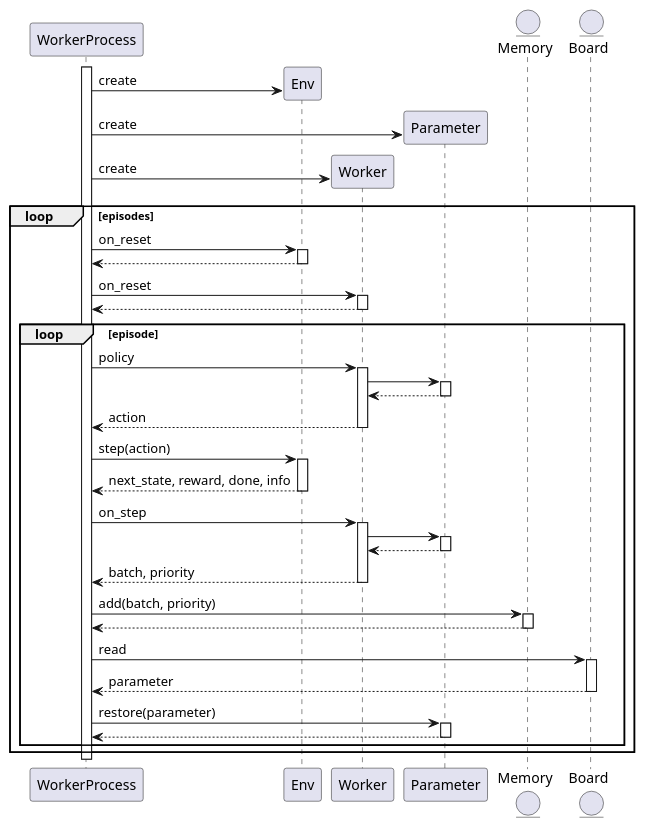
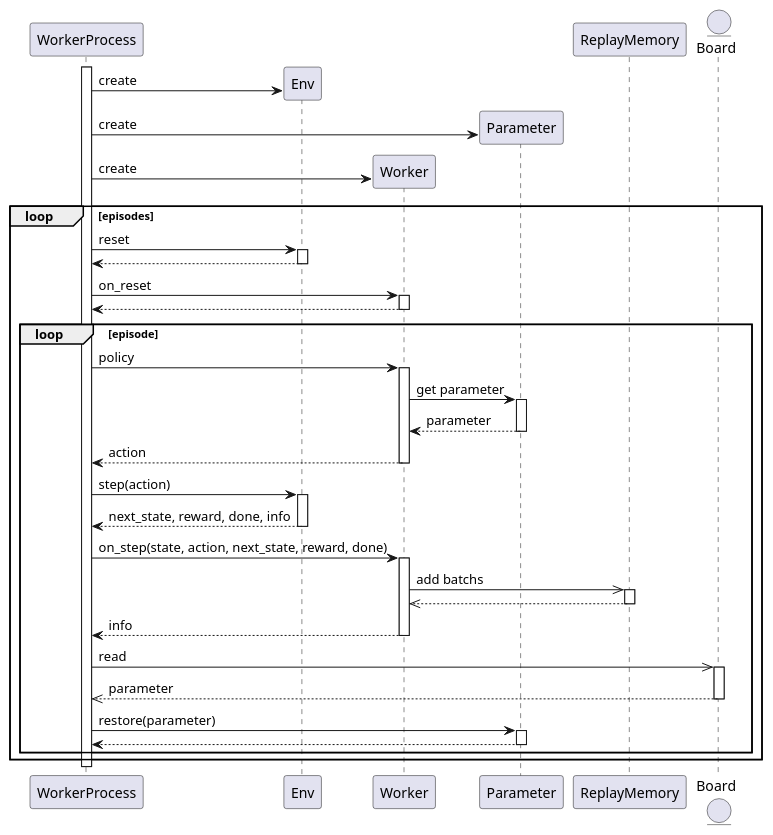
One commit to pocokhc/simple_distributed_rl changed the diagram in diagrams/runner_mp_flow_worker.pu. Above: the diagram before and after it, drawn with PlantUML. The commit also changed 47 other files, not shown here.

```diff
--- a/diagrams/runner_mp_flow_worker.pu
+++ b/diagrams/runner_mp_flow_worker.pu
@@ -1,48 +1,45 @@
 @startuml
 autoactivate on
 
 participant WorkerProcess
 participant Env
 participant Worker
 participant Parameter
-
-entity Memory
+participant ReplayMemory
 entity Board
 
 
 activate WorkerProcess
 WorkerProcess -> Env ** : create
 WorkerProcess -> Parameter ** : create
 WorkerProcess -> Worker ** : create
 loop episodes
-    WorkerProcess -> Env: on_reset
+    WorkerProcess -> Env: reset
     return
     WorkerProcess -> Worker: on_reset
     return
 
     loop episode
         WorkerProcess -> Worker: policy
-            Worker -> Parameter
-            return
+            Worker -> Parameter: get parameter
+            return parameter
         return action
         WorkerProcess -> Env: step(action)
         return next_state, reward, done, info
 
-        WorkerProcess -> Worker: on_step
-            Worker -> Parameter
+        WorkerProcess -> Worker: on_step(state, action, next_state, reward, done)
+            Worker ->> ReplayMemory: add batchs
             return
-        return batch, priority
-        WorkerProcess -> Memory: add(batch, priority)
-        return
+        return info
 
-        WorkerProcess -> Board: read
+        WorkerProcess ->> Board: read
         return parameter
         WorkerProcess -> Parameter: restore(parameter)
         return
 
     end
 end
 deactivate WorkerProcess
 
 
 @enduml
```
